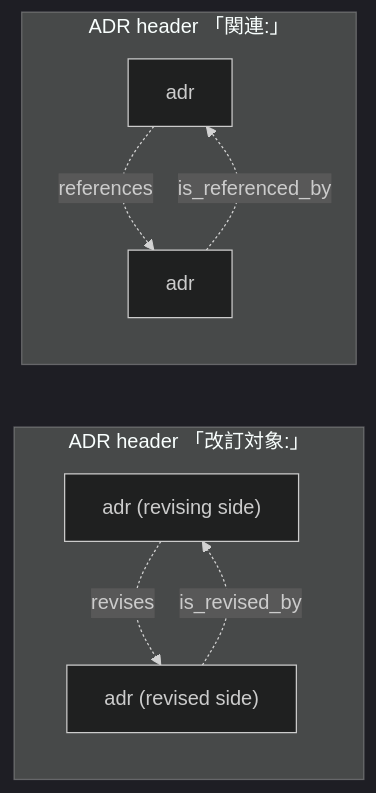
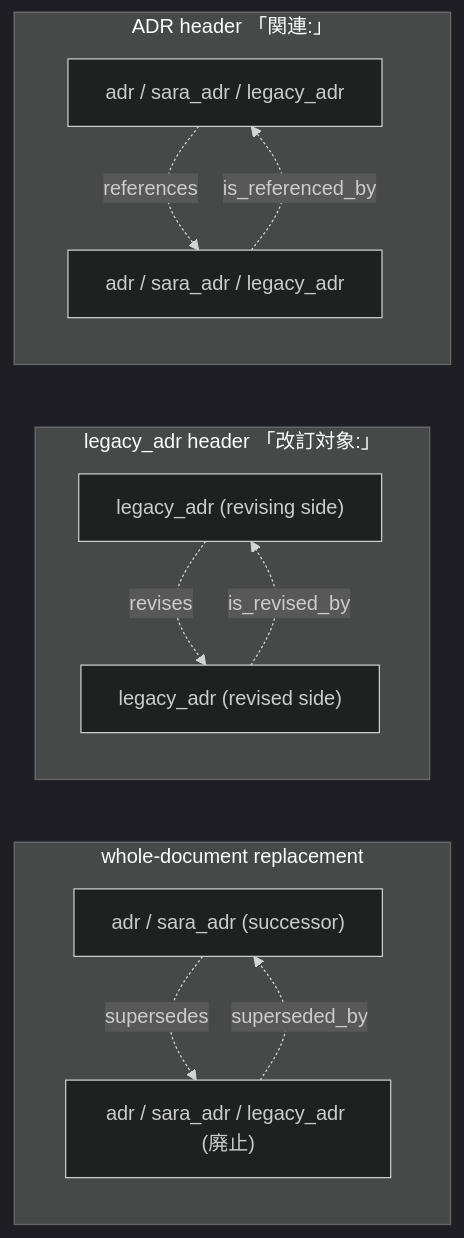
Before and after one commit to yasunori0418/layat: the second of 2 diagrams in docs/agents/sara-graph.md, drawn with Mermaid (dark theme). The commit also changed other lines of this file and 6 other files, not shown here.

First line of the commit message:
docs: CLAUDE.md・model.md・domain.md・sara-graph.md・definition-of-done と QA / INF item を新しい ADR 規則に合わせる

````diff
--- a/docs/agents/sara-graph.md
+++ b/docs/agents/sara-graph.md
@@ -58,11 +59,15 @@
 ```mermaid
 flowchart LR
-    subgraph rev["ADR header 「改訂対象:」"]
-        A["adr (revising side)"] -.->|revises| B["adr (revised side)"]
-        B -.->|is_revised_by| A
+    subgraph sup["whole-document replacement"]
+        A["adr / sara_adr (successor)"] -.->|supersedes| B["adr / sara_adr / legacy_adr (廃止)"]
+        B -.->|superseded_by| A
+    end
+    subgraph rev["legacy_adr header 「改訂対象:」"]
+        E["legacy_adr (revising side)"] -.->|revises| F["legacy_adr (revised side)"]
+        F -.->|is_revised_by| E
     end
     subgraph ref["ADR header 「関連:」"]
-        C[adr] -.->|references| D[adr]
+        C["adr / sara_adr / legacy_adr"] -.->|references| D["adr / sara_adr / legacy_adr"]
         D -.->|is_referenced_by| C
     end
 ```
````
